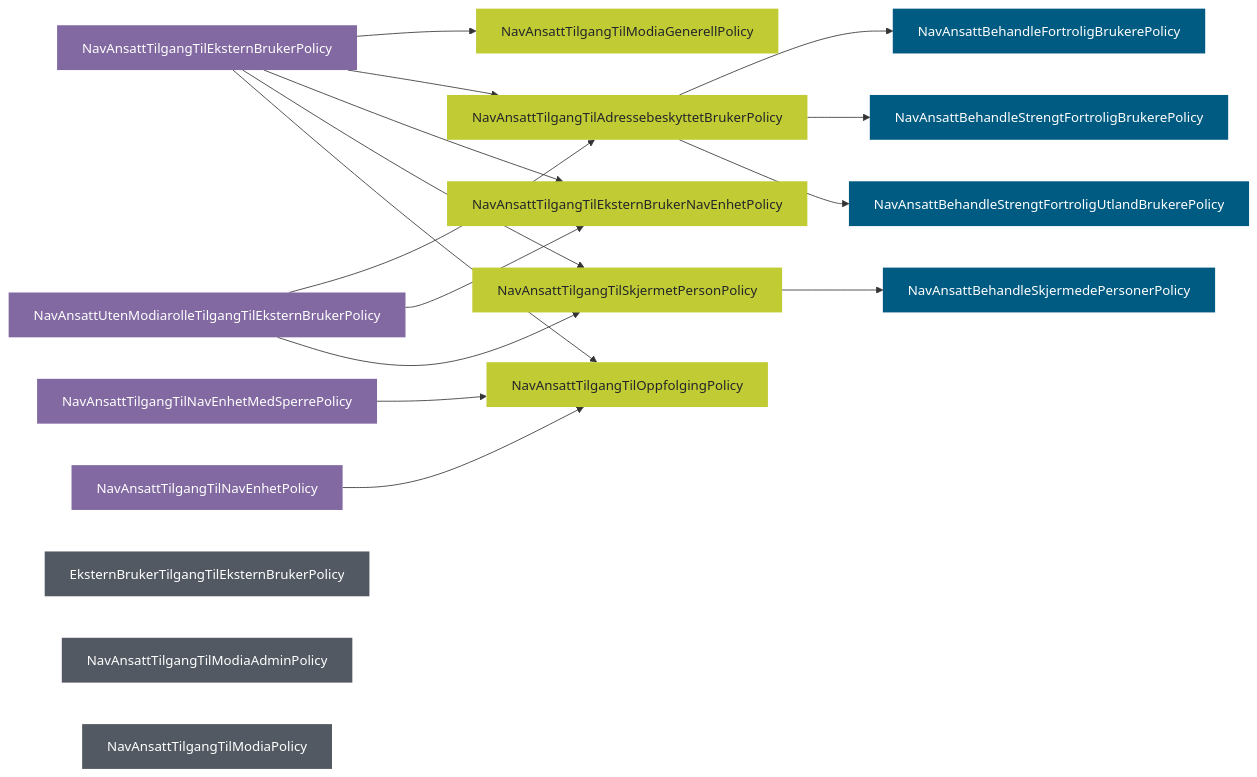
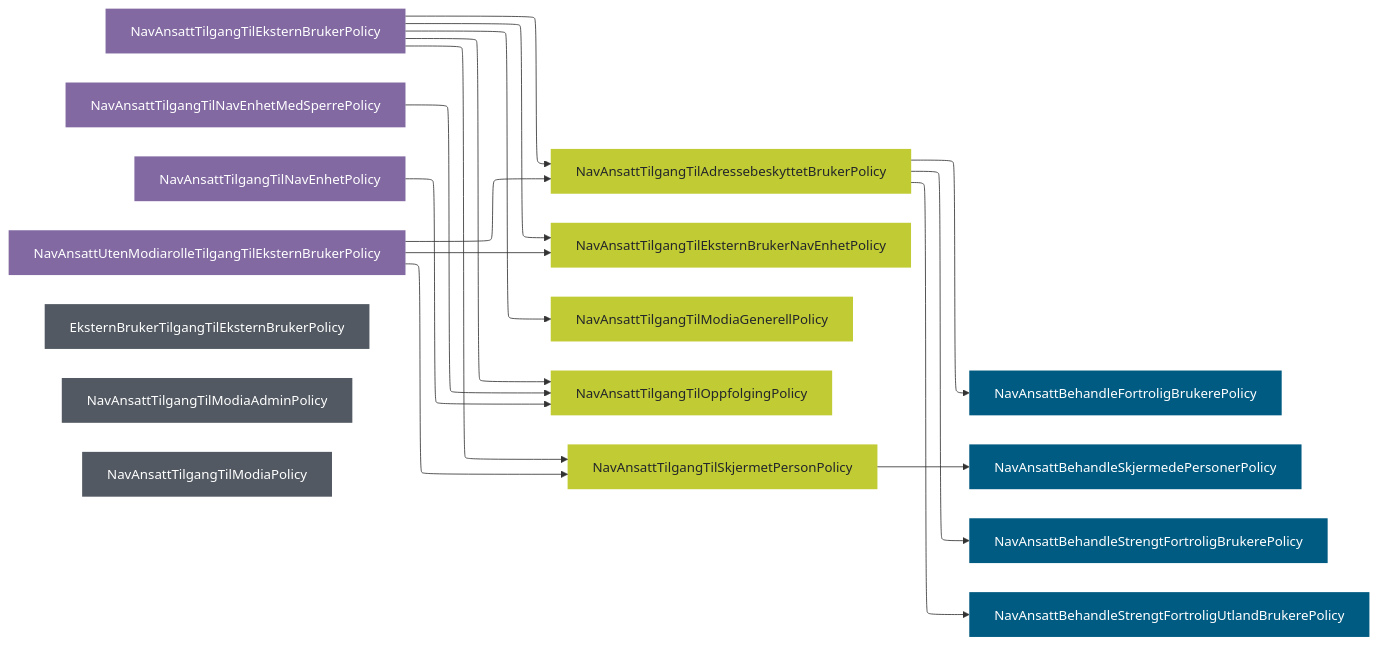
The first of 17 diagrams in core/src/main/kotlin/no/nav/poao_tilgang/core/policy/Policies.md (navikt/poao-tilgang), drawn with Mermaid before and after one commit.

Commit message:
Bruk "elk" layout-algoritme

````diff
--- a/core/src/main/kotlin/no/nav/poao_tilgang/core/policy/Policies.md
+++ b/core/src/main/kotlin/no/nav/poao_tilgang/core/policy/Policies.md
@@ -28,55 +28,59 @@
 ```mermaid
+---
+config:
+    layout: elk
+---
 graph LR
     %% Nivå 1
     NavAnsattTilgangTilEksternBrukerPolicy
     NavAnsattTilgangTilNavEnhetMedSperrePolicy
     NavAnsattTilgangTilNavEnhetPolicy
     NavAnsattUtenModiarolleTilgangTilEksternBrukerPolicy
     
     %% Nivå 1 standalone
     EksternBrukerTilgangTilEksternBrukerPolicy
     NavAnsattTilgangTilModiaAdminPolicy
     NavAnsattTilgangTilModiaPolicy
     
     %% Nivå 2
     NavAnsattTilgangTilAdressebeskyttetBrukerPolicy
     NavAnsattTilgangTilEksternBrukerNavEnhetPolicy
     NavAnsattTilgangTilModiaGenerellPolicy
     NavAnsattTilgangTilOppfolgingPolicy
     NavAnsattTilgangTilSkjermetPersonPolicy
     
     %% Nivå 3
     NavAnsattBehandleFortroligBrukerePolicy
     NavAnsattBehandleSkjermedePersonerPolicy
     NavAnsattBehandleStrengtFortroligBrukerePolicy
     NavAnsattBehandleStrengtFortroligUtlandBrukerePolicy
     
     %% Nivå 1 --> nivå 2
     NavAnsattTilgangTilEksternBrukerPolicy --> NavAnsattTilgangTilModiaGenerellPolicy
     NavAnsattTilgangTilEksternBrukerPolicy --> NavAnsattTilgangTilAdressebeskyttetBrukerPolicy
     NavAnsattTilgangTilEksternBrukerPolicy --> NavAnsattTilgangTilEksternBrukerNavEnhetPolicy
     NavAnsattTilgangTilEksternBrukerPolicy --> NavAnsattTilgangTilSkjermetPersonPolicy
     NavAnsattTilgangTilEksternBrukerPolicy --> NavAnsattTilgangTilOppfolgingPolicy
     NavAnsattTilgangTilNavEnhetMedSperrePolicy --> NavAnsattTilgangTilOppfolgingPolicy
     NavAnsattTilgangTilNavEnhetPolicy --> NavAnsattTilgangTilOppfolgingPolicy
     NavAnsattUtenModiarolleTilgangTilEksternBrukerPolicy --> NavAnsattTilgangTilAdressebeskyttetBrukerPolicy
     NavAnsattUtenModiarolleTilgangTilEksternBrukerPolicy --> NavAnsattTilgangTilEksternBrukerNavEnhetPolicy
     NavAnsattUtenModiarolleTilgangTilEksternBrukerPolicy --> NavAnsattTilgangTilSkjermetPersonPolicy
     
     %% Nivå 2 --> nivå 3
     NavAnsattTilgangTilAdressebeskyttetBrukerPolicy --> NavAnsattBehandleFortroligBrukerePolicy
     NavAnsattTilgangTilAdressebeskyttetBrukerPolicy --> NavAnsattBehandleStrengtFortroligBrukerePolicy
     NavAnsattTilgangTilAdressebeskyttetBrukerPolicy --> NavAnsattBehandleStrengtFortroligUtlandBrukerePolicy
     NavAnsattTilgangTilSkjermetPersonPolicy --> NavAnsattBehandleSkjermedePersonerPolicy
     
     %% Styling
     classDef niva1 fill:#8269A2,stroke:none,color:#FFFFFF
     classDef niva2 fill:#C1CB33,stroke:none,color:#23262A
     classDef niva3 fill:#005B82,stroke:none,color:#FFFFFF
     classDef standalone fill:#525962,stroke:none,color:#FFFFFF
     
     class NavAnsattTilgangTilEksternBrukerPolicy,NavAnsattUtenModiarolleTilgangTilEksternBrukerPolicy,NavAnsattTilgangTilNavEnhetPolicy,NavAnsattTilgangTilNavEnhetMedSperrePolicy niva1;
     class NavAnsattTilgangTilAdressebeskyttetBrukerPolicy,NavAnsattTilgangTilSkjermetPersonPolicy,NavAnsattTilgangTilEksternBrukerNavEnhetPolicy,NavAnsattTilgangTilOppfolgingPolicy,NavAnsattTilgangTilModiaGenerellPolicy niva2;
     class NavAnsattBehandleFortroligBrukerePolicy,NavAnsattBehandleStrengtFortroligBrukerePolicy,NavAnsattBehandleStrengtFortroligUtlandBrukerePolicy,NavAnsattBehandleSkjermedePersonerPolicy niva3;
     class EksternBrukerTilgangTilEksternBrukerPolicy,NavAnsattTilgangTilModiaPolicy,NavAnsattTilgangTilModiaAdminPolicy standalone;
 ```
````
